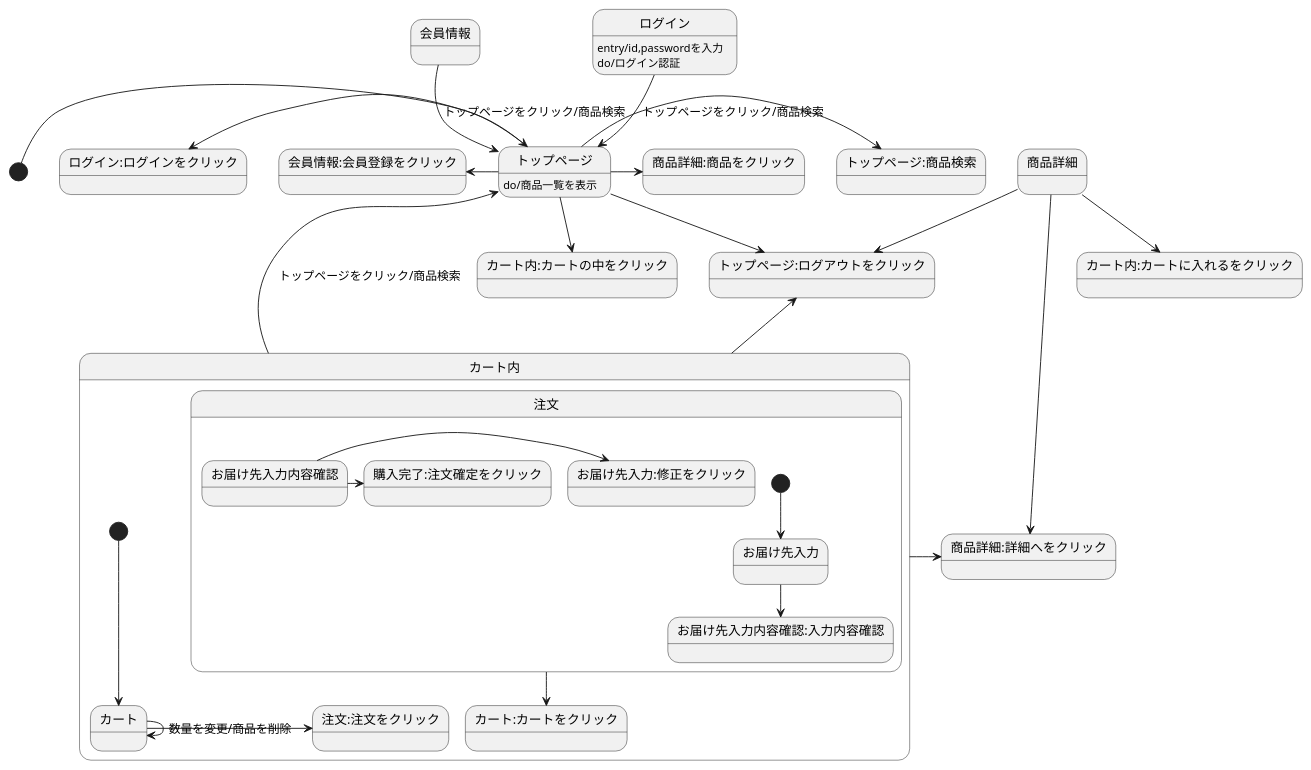
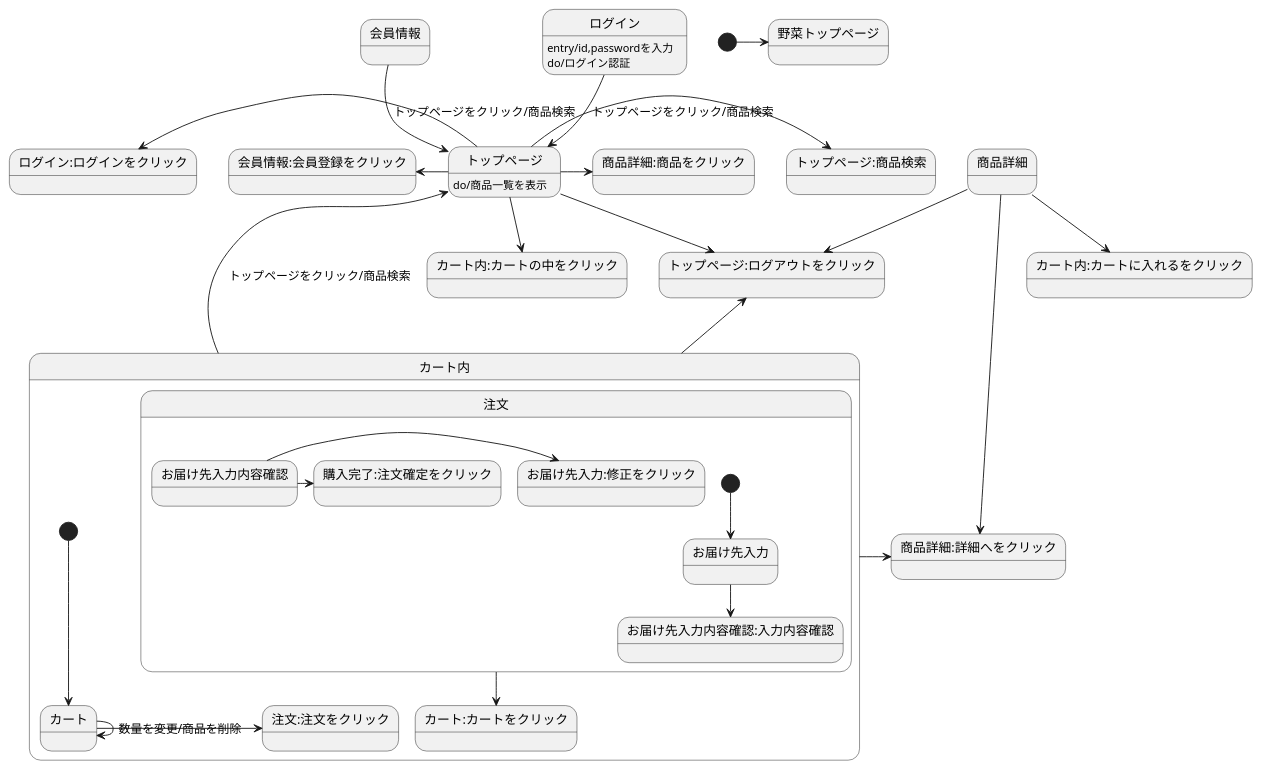
One commit to Aso2001041/2021sys-design changed the diagram in kadai/業務フロー.md. Above: the diagram before and after it, drawn with PlantUML.

````diff
--- a/kadai/業務フロー.md
+++ b/kadai/業務フロー.md
@@ -1,35 +1,35 @@
 ```uml
 @startuml
-[*] -> トップページ
+[*] -> 野菜トップページ
 会員情報 --> トップページ:トップページをクリック/商品検索
 ログイン --> トップページ:トップページをクリック/商品検索
 ログイン:entry/id,passwordを入力
 ログイン:do/ログイン認証
 トップページ --> トップページ:ログアウトをクリック
 トップページ -> トップページ:商品検索
 トップページ -> 商品詳細:商品をクリック
 トップページ -left-> 会員情報:会員登録をクリック
 トップページ -left-> ログイン:ログインをクリック
 トップページ --> カート内:カートの中をクリック
 トップページ:do/商品一覧を表示
 商品詳細 --> カート内:カートに入れるをクリック
 商品詳細 --> トップページ:ログアウトをクリック
 商品詳細 -> 商品詳細:詳細へをクリック
 カート内 -up-> トップページ:トップページをクリック/商品検索
 カート内 -up-> トップページ:ログアウトをクリック
 カート内 -> 商品詳細:詳細へをクリック
 
 state カート内 {
 [*] --> カート
 カート -> 注文:注文をクリック
 カート -> カート:数量を変更/商品を削除
 注文 --> カート:カートをクリック
 state 注文 {
 [*] --> お届け先入力
 お届け先入力 --> お届け先入力内容確認:入力内容確認
 お届け先入力内容確認 -> お届け先入力:修正をクリック
 お届け先入力内容確認 -> 購入完了:注文確定をクリック
 }
 }
 @enduml
 ```
````
